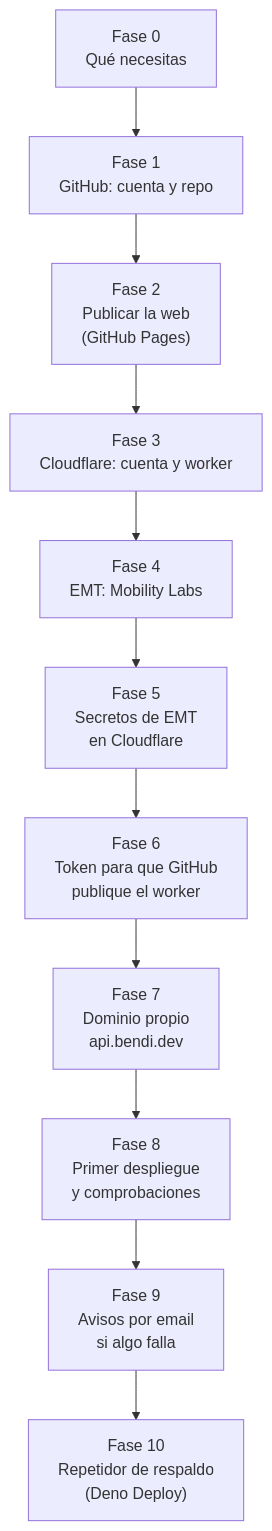
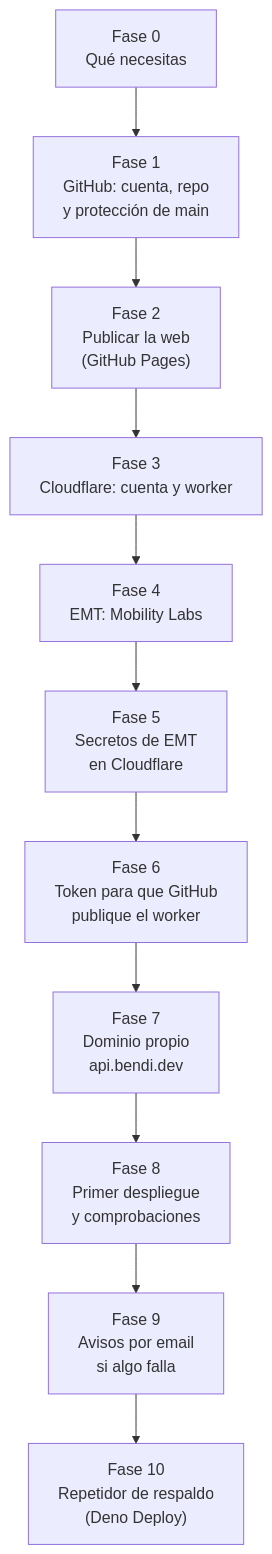
The tenth of 17 diagrams in docs/GUIA.md (serbenda/marquesina), drawn with Mermaid before and after one commit. The commit also changed other lines of this file and 19 other files, not shown here.

````diff
--- a/docs/GUIA.md
+++ b/docs/GUIA.md
@@ -373,13 +385,13 @@
 ```mermaid
 flowchart TB
-  F0["Fase 0<br/>Qué necesitas"] --> F1["Fase 1<br/>GitHub: cuenta y repo"]
+  F0["Fase 0<br/>Qué necesitas"] --> F1["Fase 1<br/>GitHub: cuenta, repo<br/>y protección de main"]
   F1 --> F2["Fase 2<br/>Publicar la web<br/>(GitHub Pages)"]
   F2 --> F3["Fase 3<br/>Cloudflare: cuenta y worker"]
   F3 --> F4["Fase 4<br/>EMT: Mobility Labs"]
   F4 --> F5["Fase 5<br/>Secretos de EMT<br/>en Cloudflare"]
   F5 --> F6["Fase 6<br/>Token para que GitHub<br/>publique el worker"]
   F6 --> F7["Fase 7<br/>Dominio propio<br/>api.bendi.dev"]
   F7 --> F8["Fase 8<br/>Primer despliegue<br/>y comprobaciones"]
   F8 --> F9["Fase 9<br/>Avisos por email<br/>si algo falla"]
   F9 --> F10["Fase 10<br/>Repetidor de respaldo<br/>(Deno Deploy)"]
 ```
````
